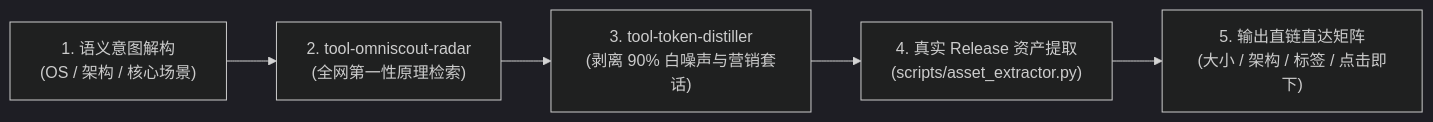
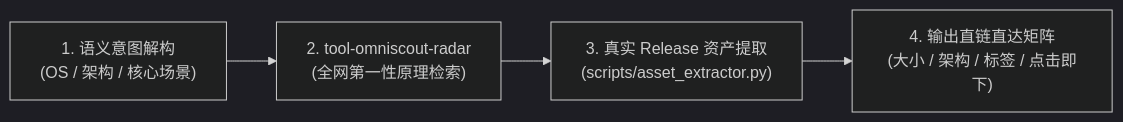
One commit to Longgekutta/skill-github-asset-hunter changed the diagram in SKILL.md. Above: the diagram before and after it, drawn with Mermaid (dark theme). The commit also changed other lines of this file and 2 other files, not shown here.

````diff
--- a/SKILL.md
+++ b/SKILL.md
@@ -16,7 +16,6 @@
 ```mermaid
 flowchart LR
     A["1. 语义意图解构<br/>(OS / 架构 / 核心场景)"] --> B["2. tool-omniscout-radar<br/>(全网第一性原理检索)"]
-    B --> C["3. tool-token-distiller<br/>(剥离 90% 白噪声与营销套话)"]
-    C --> D["4. 真实 Release 资产提取<br/>(scripts/asset_extractor.py)"]
-    D --> E["5. 输出直链直达矩阵<br/>(大小 / 架构 / 标签 / 点击即下)"]
+    B --> C["3. 真实 Release 资产提取<br/>(scripts/asset_extractor.py)"]
+    C --> D["4. 输出直链直达矩阵<br/>(大小 / 架构 / 标签 / 点击即下)"]
 ```
````
